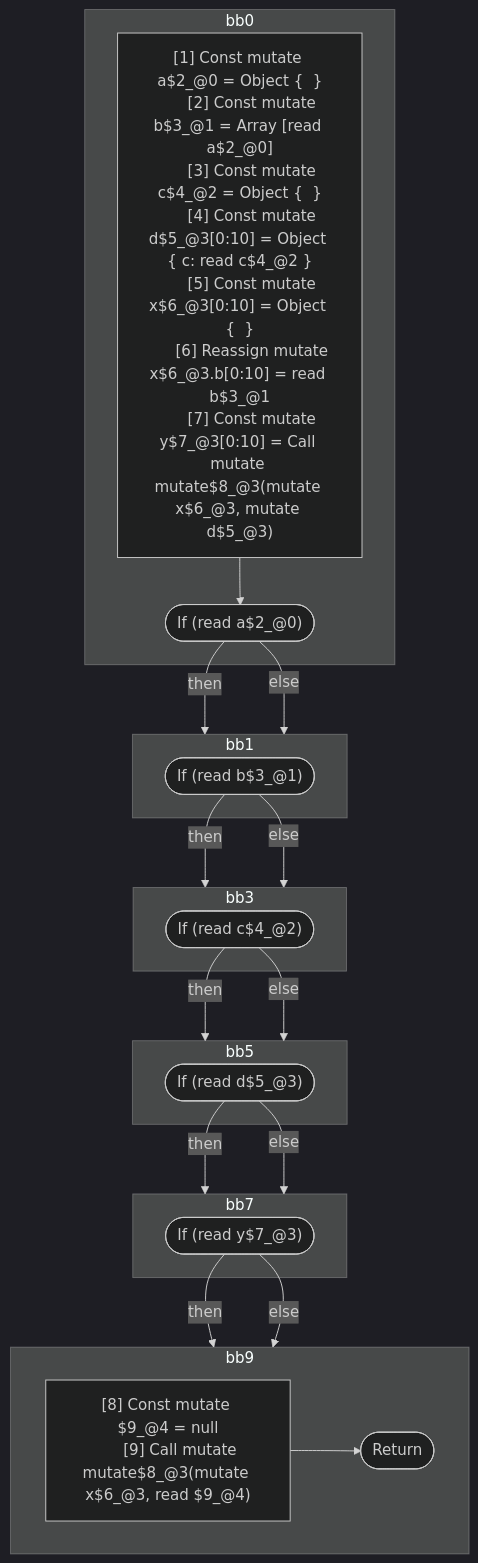
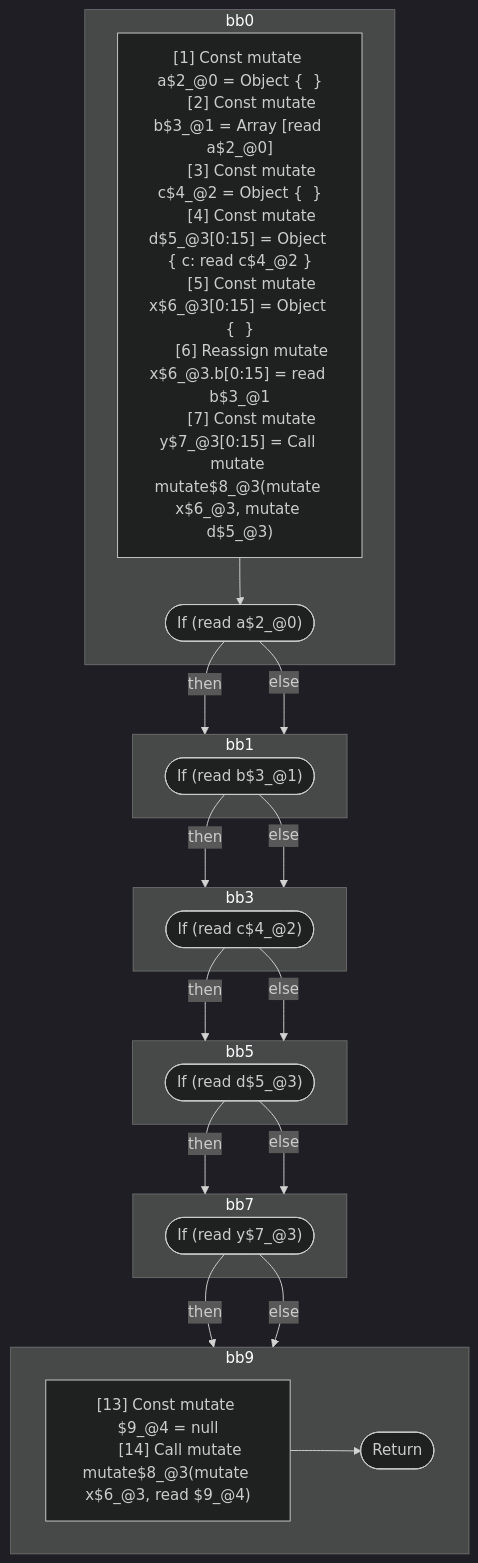
The second of 2 diagrams in compiler/forget/src/__tests__/fixtures/hir/mutable-lifetime-with-aliasing.expect.md (wutsmog/private), drawn with Mermaid (dark theme) before and after one commit. The commit also changed other lines of this file and 61 other files, not shown here.

````diff
--- a/compiler/forget/src/__tests__/fixtures/hir/mutable-lifetime-with-aliasing.expect.md
+++ b/compiler/forget/src/__tests__/fixtures/hir/mutable-lifetime-with-aliasing.expect.md
@@ -99,48 +99,48 @@
 ```mermaid
 flowchart TB
   %% Basic Blocks
   subgraph bb0
     bb0_instrs["
       [1] Const mutate a$2_@0 = Object {  }
       [2] Const mutate b$3_@1 = Array [read a$2_@0]
       [3] Const mutate c$4_@2 = Object {  }
-      [4] Const mutate d$5_@3[0:10] = Object { c: read c$4_@2 }
-      [5] Const mutate x$6_@3[0:10] = Object {  }
-      [6] Reassign mutate x$6_@3.b[0:10] = read b$3_@1
-      [7] Const mutate y$7_@3[0:10] = Call mutate mutate$8_@3(mutate x$6_@3, mutate d$5_@3)
+      [4] Const mutate d$5_@3[0:15] = Object { c: read c$4_@2 }
+      [5] Const mutate x$6_@3[0:15] = Object {  }
+      [6] Reassign mutate x$6_@3.b[0:15] = read b$3_@1
+      [7] Const mutate y$7_@3[0:15] = Call mutate mutate$8_@3(mutate x$6_@3, mutate d$5_@3)
     "]
     bb0_instrs --> bb0_terminal(["If (read a$2_@0)"])
   end
   subgraph bb1
     bb1_terminal(["If (read b$3_@1)"])
   end
   subgraph bb3
     bb3_terminal(["If (read c$4_@2)"])
   end
   subgraph bb5
     bb5_terminal(["If (read d$5_@3)"])
   end
   subgraph bb7
     bb7_terminal(["If (read y$7_@3)"])
   end
   subgraph bb9
     bb9_instrs["
-      [8] Const mutate $9_@4 = null
-      [9] Call mutate mutate$8_@3(mutate x$6_@3, read $9_@4)
+      [13] Const mutate $9_@4 = null
+      [14] Call mutate mutate$8_@3(mutate x$6_@3, read $9_@4)
     "]
     bb9_instrs --> bb9_terminal(["Return"])
   end
 
   %% Jumps
   bb0_terminal -- "then" --> bb1
   bb0_terminal -- "else" --> bb1
   bb1_terminal -- "then" --> bb3
   bb1_terminal -- "else" --> bb3
   bb3_terminal -- "then" --> bb5
   bb3_terminal -- "else" --> bb5
   bb5_terminal -- "then" --> bb7
   bb5_terminal -- "else" --> bb7
   bb7_terminal -- "then" --> bb9
   bb7_terminal -- "else" --> bb9
 
 ```
````
